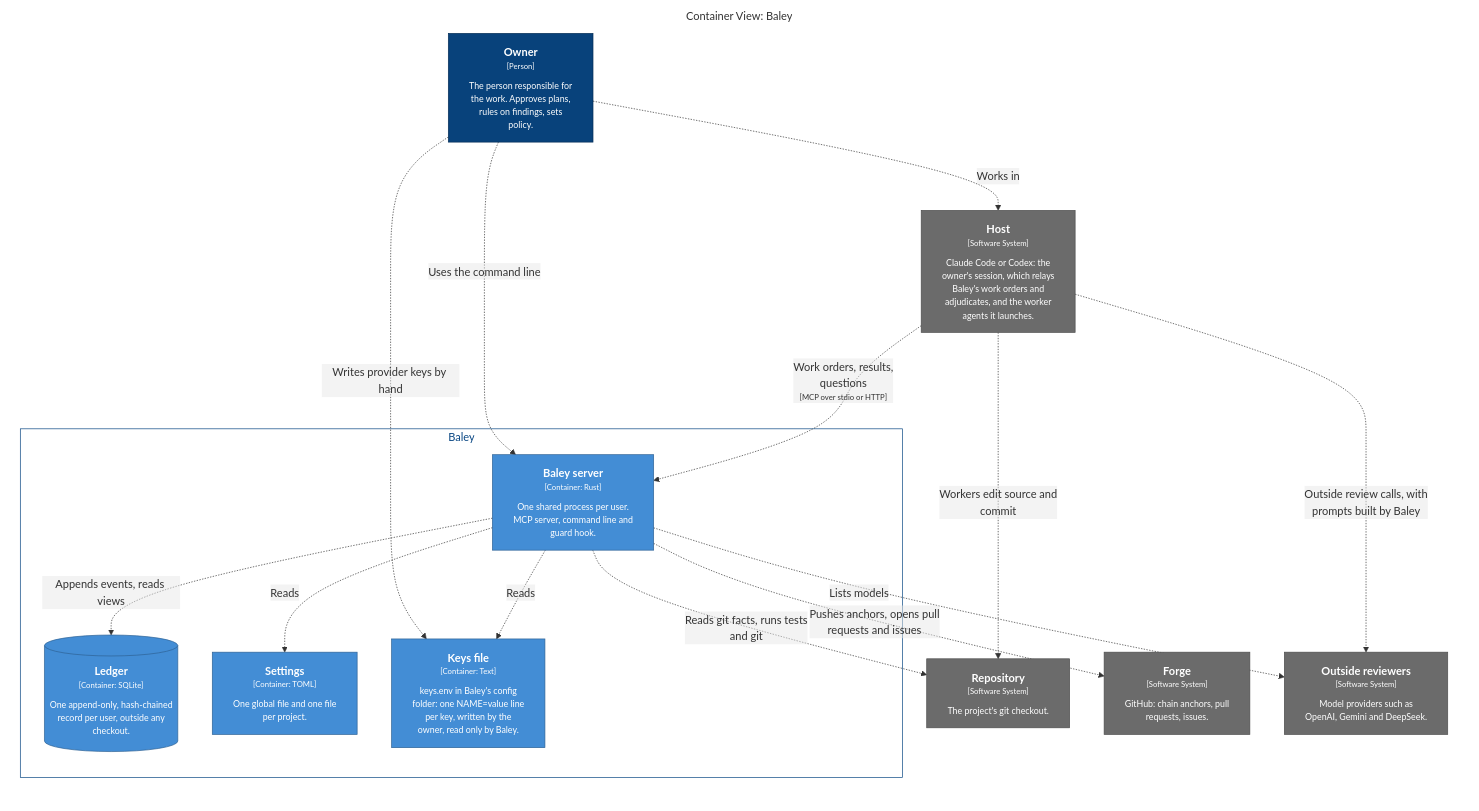
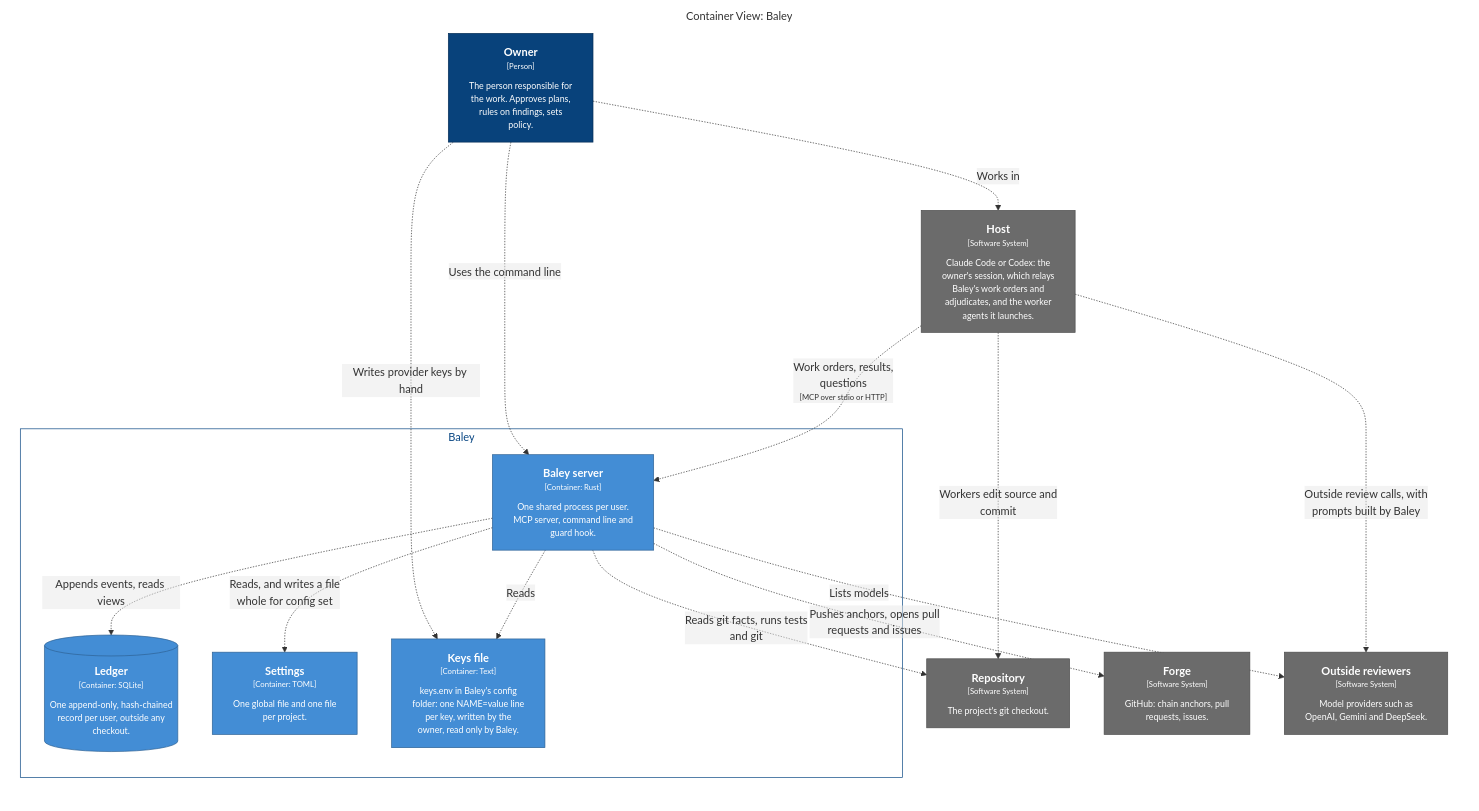
Before and after one commit to crenshawdev/baley: the third of 4 diagrams in docs/design/0002-system-design.md, drawn with Mermaid. The commit also changed 3 other files, not shown here.

First line of the commit message:
docs(design): say where config set opens the store and that init writes too

````diff
--- a/docs/design/0002-system-design.md
+++ b/docs/design/0002-system-design.md
@@ -150,46 +150,46 @@
 ```mermaid
 graph LR
   linkStyle default fill:none
 
   subgraph diagram ["Container View: Baley"]
     style diagram fill:none,stroke:none
 
     1["<div style='font-weight: bold'>Owner</div><div style='font-size: 70%; margin-top: 0px'>[Person]</div><div style='font-size: 80%; margin-top:10px'>The person responsible for<br />the work. Approves plans,<br />rules on findings, sets<br />policy.</div>"]
     style 1 fill:#08427b,stroke:#052e56,color:#ffffff
     15["<div style='font-weight: bold'>Host</div><div style='font-size: 70%; margin-top: 0px'>[Software System]</div><div style='font-size: 80%; margin-top:10px'>Claude Code or Codex: the<br />owner's session, which relays<br />Baley's work orders and<br />adjudicates, and the worker<br />agents it launches.</div>"]
     style 15 fill:#6b6b6b,stroke:#4d4d4d,color:#ffffff
     16["<div style='font-weight: bold'>Repository</div><div style='font-size: 70%; margin-top: 0px'>[Software System]</div><div style='font-size: 80%; margin-top:10px'>The project's git checkout.</div>"]
     style 16 fill:#6b6b6b,stroke:#4d4d4d,color:#ffffff
     17["<div style='font-weight: bold'>Forge</div><div style='font-size: 70%; margin-top: 0px'>[Software System]</div><div style='font-size: 80%; margin-top:10px'>GitHub: chain anchors, pull<br />requests, issues.</div>"]
     style 17 fill:#6b6b6b,stroke:#4d4d4d,color:#ffffff
     18["<div style='font-weight: bold'>Outside reviewers</div><div style='font-size: 70%; margin-top: 0px'>[Software System]</div><div style='font-size: 80%; margin-top:10px'>Model providers such as<br />OpenAI, Gemini and DeepSeek.</div>"]
     style 18 fill:#6b6b6b,stroke:#4d4d4d,color:#ffffff
 
     subgraph 2 ["Baley"]
       style 2 fill:none,stroke:#0b4884,color:#0b4884
 
       12[("<div style='font-weight: bold'>Ledger</div><div style='font-size: 70%; margin-top: 0px'>[Container: SQLite]</div><div style='font-size: 80%; margin-top:10px'>One append-only, hash-chained<br />record per user, outside any<br />checkout.</div>")]
       style 12 fill:#438dd5,stroke:#2e6295,color:#ffffff
       13["<div style='font-weight: bold'>Settings</div><div style='font-size: 70%; margin-top: 0px'>[Container: TOML]</div><div style='font-size: 80%; margin-top:10px'>One global file and one file<br />per project.</div>"]
       style 13 fill:#438dd5,stroke:#2e6295,color:#ffffff
       14["<div style='font-weight: bold'>Keys file</div><div style='font-size: 70%; margin-top: 0px'>[Container: Text]</div><div style='font-size: 80%; margin-top:10px'>keys.env in Baley's config<br />folder: one NAME=value line<br />per key, written by the<br />owner, read only by Baley.</div>"]
       style 14 fill:#438dd5,stroke:#2e6295,color:#ffffff
       3["<div style='font-weight: bold'>Baley server</div><div style='font-size: 70%; margin-top: 0px'>[Container: Rust]</div><div style='font-size: 80%; margin-top:10px'>One shared process per user.<br />MCP server, command line and<br />guard hook.</div>"]
       style 3 fill:#438dd5,stroke:#2e6295,color:#ffffff
     end
 
     1-. "<div>Works in</div><div style='font-size: 70%'></div>" .->15
     1-. "<div>Uses the command line</div><div style='font-size: 70%'></div>" .->3
     1-. "<div>Writes provider keys by hand</div><div style='font-size: 70%'></div>" .->14
     15-. "<div>Work orders, results,<br />questions</div><div style='font-size: 70%'>[MCP over stdio or HTTP]</div>" .->3
     15-. "<div>Workers edit source and<br />commit</div><div style='font-size: 70%'></div>" .->16
     15-. "<div>Outside review calls, with<br />prompts built by Baley</div><div style='font-size: 70%'></div>" .->18
-    3-. "<div>Reads</div><div style='font-size: 70%'></div>" .->13
+    3-. "<div>Reads, and writes a file<br />whole for config set</div><div style='font-size: 70%'></div>" .->13
     3-. "<div>Reads</div><div style='font-size: 70%'></div>" .->14
     3-. "<div>Lists models</div><div style='font-size: 70%'></div>" .->18
     3-. "<div>Appends events, reads views</div><div style='font-size: 70%'></div>" .->12
     3-. "<div>Reads git facts, runs tests<br />and git</div><div style='font-size: 70%'></div>" .->16
     3-. "<div>Pushes anchors, opens pull<br />requests and issues</div><div style='font-size: 70%'></div>" .->17
 
   end
 ```
````
